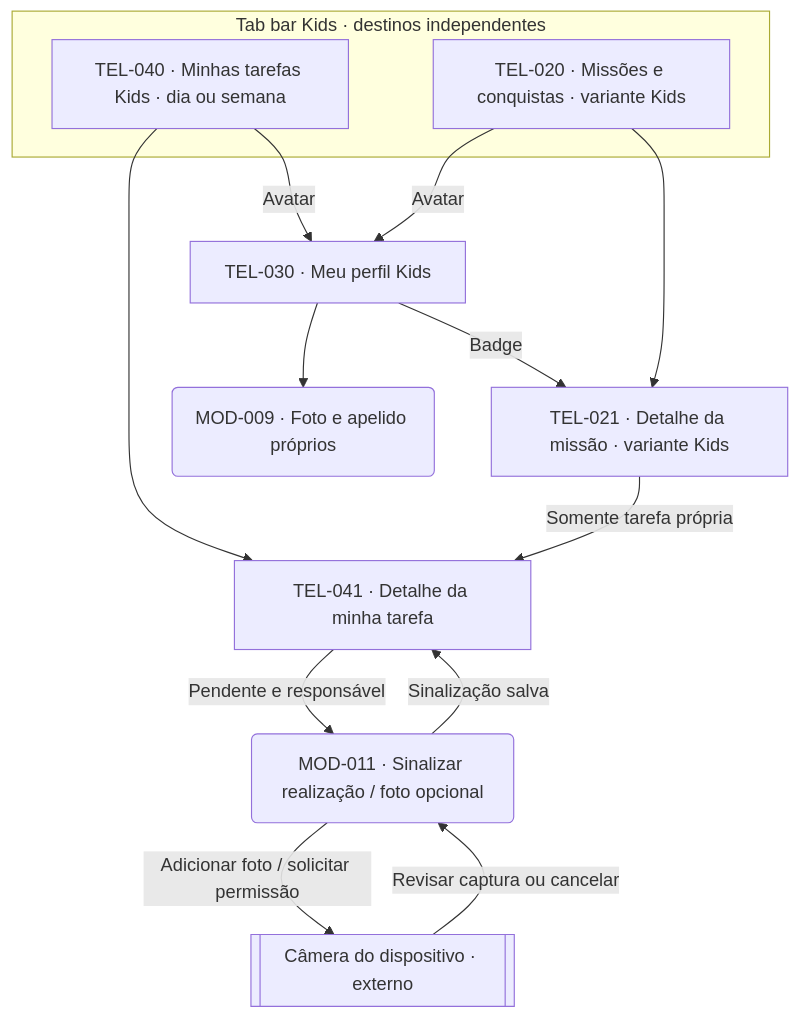
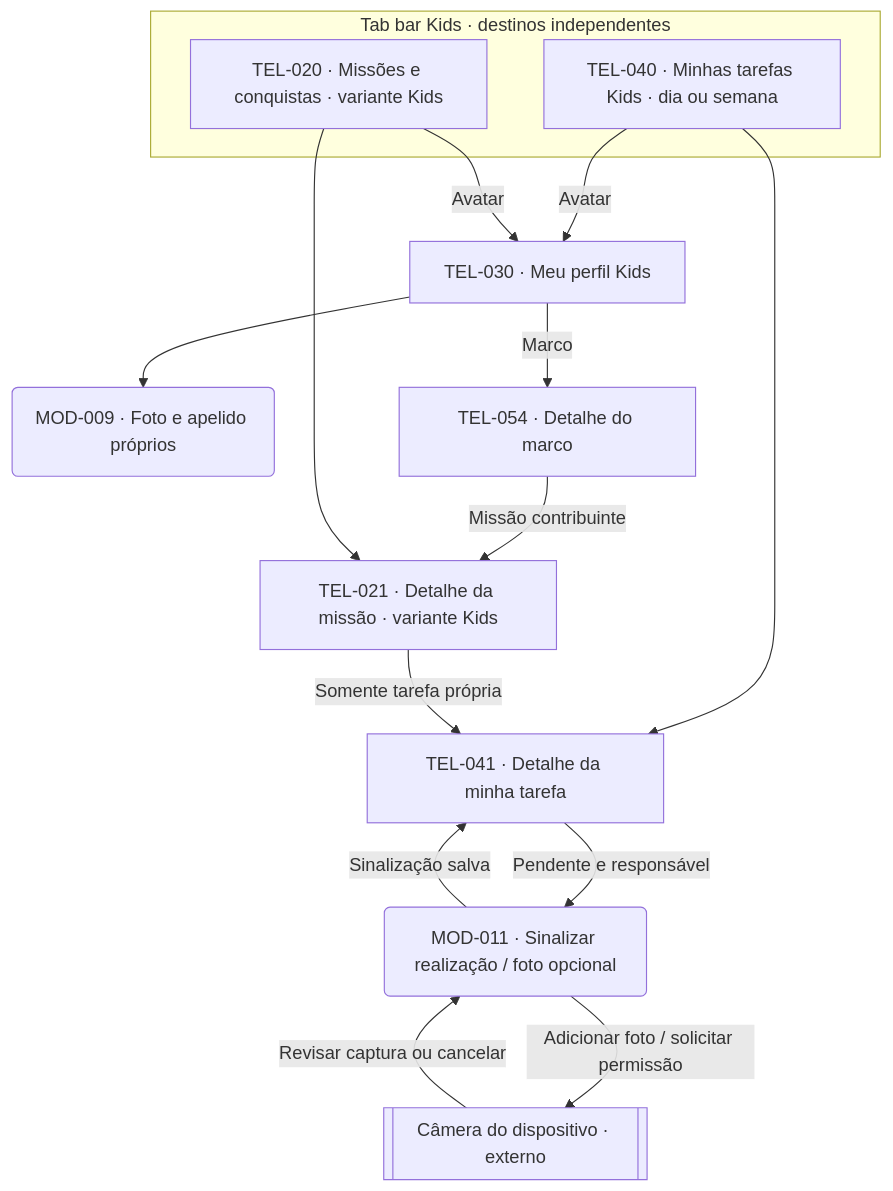
Before and after one commit to lizandramalta/App-Rotina-Familiar: the fifth of 6 diagrams in docs/design/screen-map.md, drawn with Mermaid. The commit also changed other lines of this file and 25 other files, not shown here.

````diff
--- a/docs/design/screen-map.md
+++ b/docs/design/screen-map.md
@@ -171,22 +179,23 @@
 ```mermaid
 flowchart TD
     subgraph Abas["Tab bar Kids · destinos independentes"]
       T040["TEL-040 · Minhas tarefas Kids · dia ou semana"]
       T020["TEL-020 · Missões e conquistas · variante Kids"]
     end
     T041["TEL-041 · Detalhe da minha tarefa"]
     M011("MOD-011 · Sinalizar realização / foto opcional")
     Foto[["Câmera do dispositivo · externo"]]
     T021["TEL-021 · Detalhe da missão · variante Kids"]
     T040 -->|Avatar| T030["TEL-030 · Meu perfil Kids"]
     T020 -->|Avatar| T030
     T030 --> M009("MOD-009 · Foto e apelido próprios")
-    T030 -->|Badge| T021
+    T030 -->|Marco| T054["TEL-054 · Detalhe do marco"]
+    T054 -->|Missão contribuinte| T021
     T040 --> T041
     T041 -->|Pendente e responsável| M011
     M011 -->|Adicionar foto / solicitar permissão| Foto
     Foto -->|Revisar captura ou cancelar| M011
     M011 -->|Sinalização salva| T041
     T020 --> T021
     T021 -->|Somente tarefa própria| T041
 ```
````
